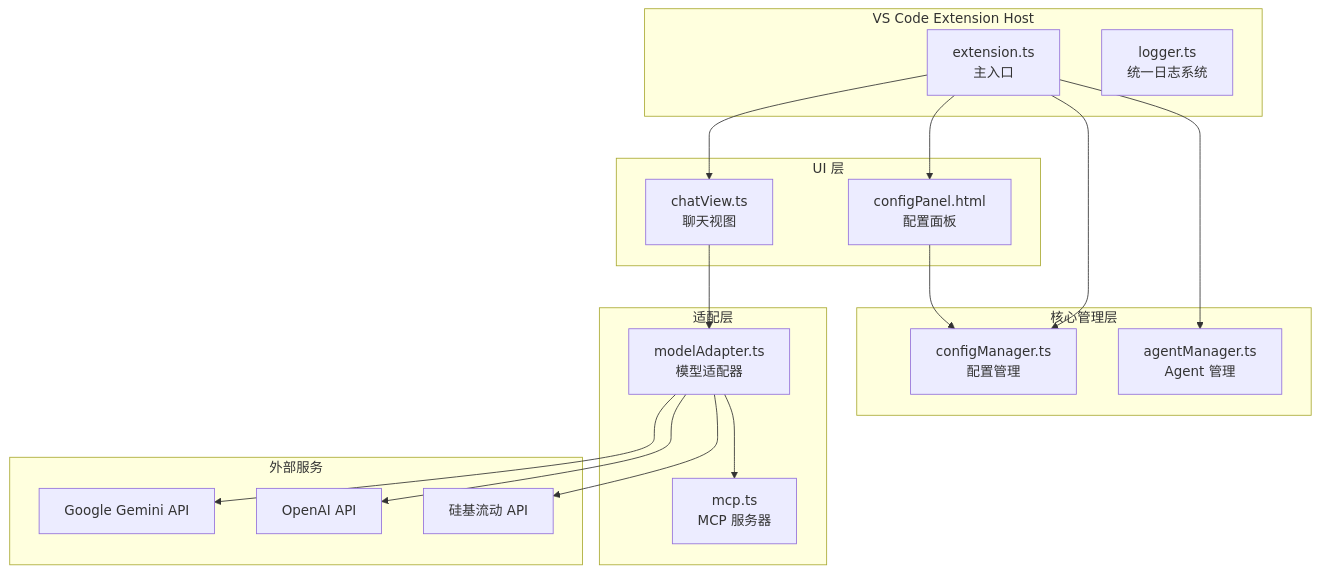
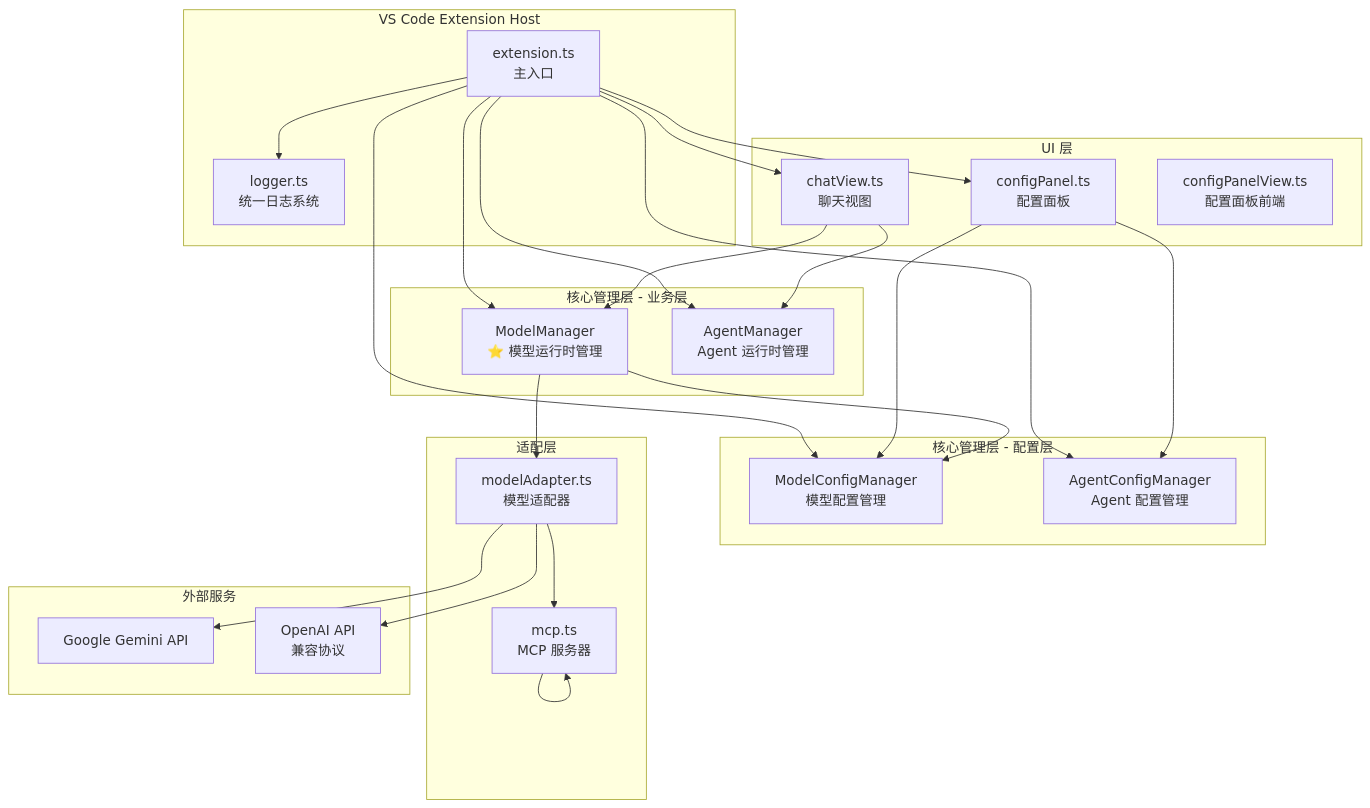
Before and after one commit to Leonardo-lijianan/ai-agent-leobot: the first of 10 diagrams in docs/现实情况.md, drawn with Mermaid. The commit also changed other lines of this file and 25 other files, not shown here.

````diff
--- a/docs/现实情况.md
+++ b/docs/现实情况.md
@@ -9,42 +18,55 @@
 ```mermaid
 graph TB
     subgraph "VS Code Extension Host"
         Extension[extension.ts<br/>主入口]
         Logger[logger.ts<br/>统一日志系统]
     end
     
     subgraph "UI 层"
         ChatView[chatView.ts<br/>聊天视图]
-        ConfigPanel[configPanel.html<br/>配置面板]
+        ConfigPanel[configPanel.ts<br/>配置面板]
+        ConfigPanelView[configPanelView.ts<br/>配置面板前端]
     end
     
-    subgraph "核心管理层"
-        ConfigManager[configManager.ts<br/>配置管理]
-        AgentManager[agentManager.ts<br/>Agent 管理]
+    subgraph "核心管理层 - 配置层"
+        ModelConfigManager[ModelConfigManager<br/>模型配置管理]
+        AgentConfigManager[AgentConfigManager<br/>Agent 配置管理]
+    end
+    
+    subgraph "核心管理层 - 业务层"
+        ModelManager[ModelManager<br/>⭐ 模型运行时管理]
+        AgentManager[AgentManager<br/>Agent 运行时管理]
     end
     
     subgraph "适配层"
         ModelAdapter[modelAdapter.ts<br/>模型适配器]
         MCPServer[mcp.ts<br/>MCP 服务器]
     end
     
     subgraph "外部服务"
         GeminiAPI[Google Gemini API]
-        OpenAIAPI[OpenAI API]
-        SiliconFlowAPI[硅基流动 API]
+        OpenAIAPI[OpenAI API<br/>兼容协议]
     end
     
     Extension --> ChatView
     Extension --> ConfigPanel
-    Extension --> ConfigManager
+    Extension --> ModelConfigManager
+    Extension --> AgentConfigManager
+    Extension --> ModelManager
     Extension --> AgentManager
+    Extension --> Logger
     
-    ChatView --> ModelAdapter
-    ConfigPanel --> ConfigManager
+    ChatView --> ModelManager
+    ChatView --> AgentManager
+    ConfigPanel --> ModelConfigManager
+    ConfigPanel --> AgentConfigManager
+    
+    ModelManager --> ModelConfigManager
+    ModelManager --> ModelAdapter
     
     ModelAdapter --> GeminiAPI
     ModelAdapter --> OpenAIAPI
-    ModelAdapter --> SiliconFlowAPI
     
     ModelAdapter --> MCPServer
+    MCPServer --> MCPServer
 ```
````
